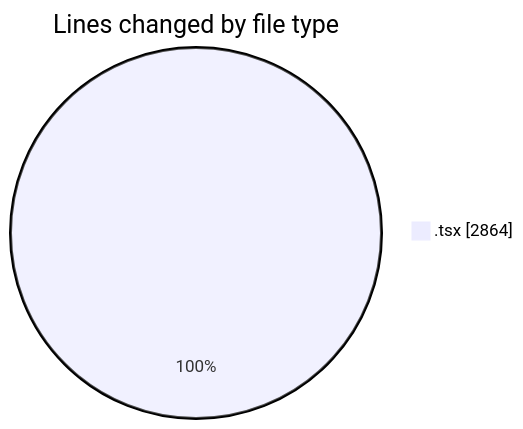
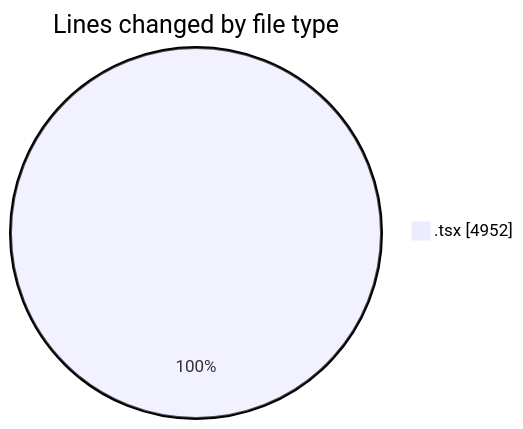
One commit to nxtqubesakshisongat/code-tracking changed the first of 2 diagrams in 2026-07-24/nxtqube_webapp/README.md. Above: the diagram before and after it, drawn with Mermaid. The commit also changed other lines of this file and 1 other file, not shown here.

````diff
--- a/2026-07-24/nxtqube_webapp/README.md
+++ b/2026-07-24/nxtqube_webapp/README.md
@@ -25,5 +27,5 @@
 ```mermaid
 pie showData
 title Lines changed by file type
-".tsx" : 2864
+".tsx" : 4952
 ```
````
